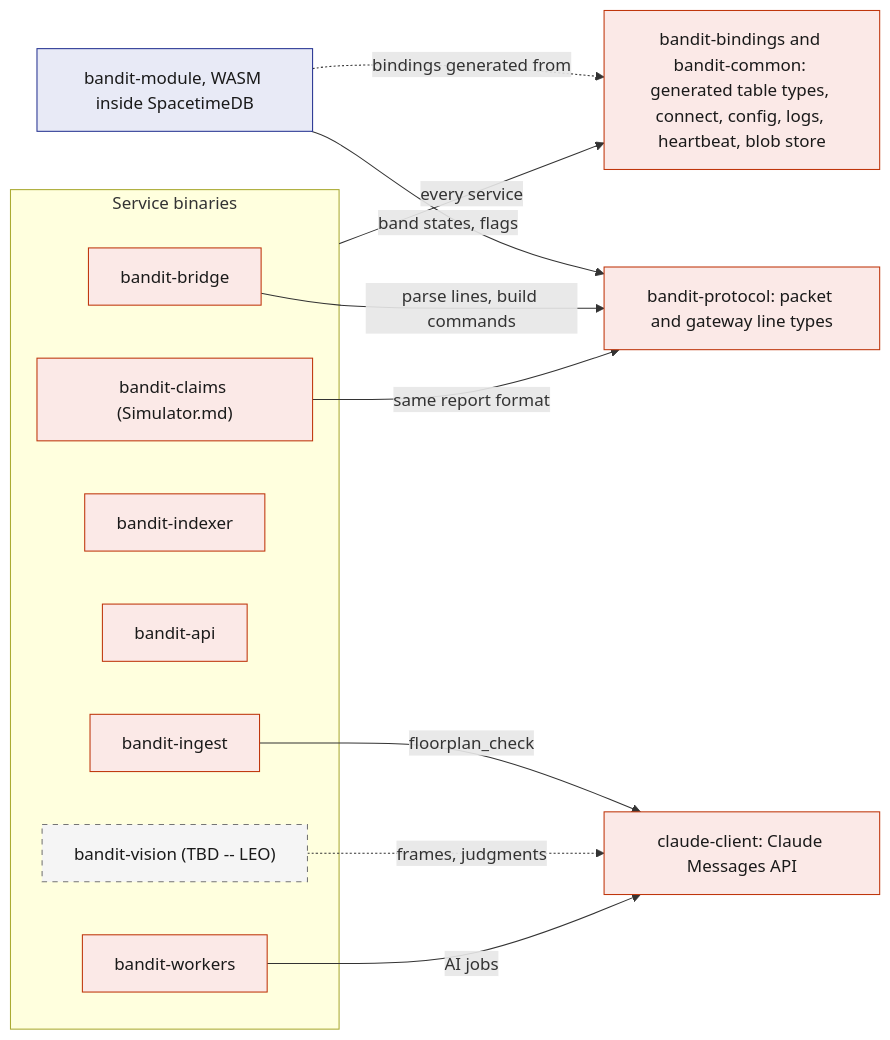
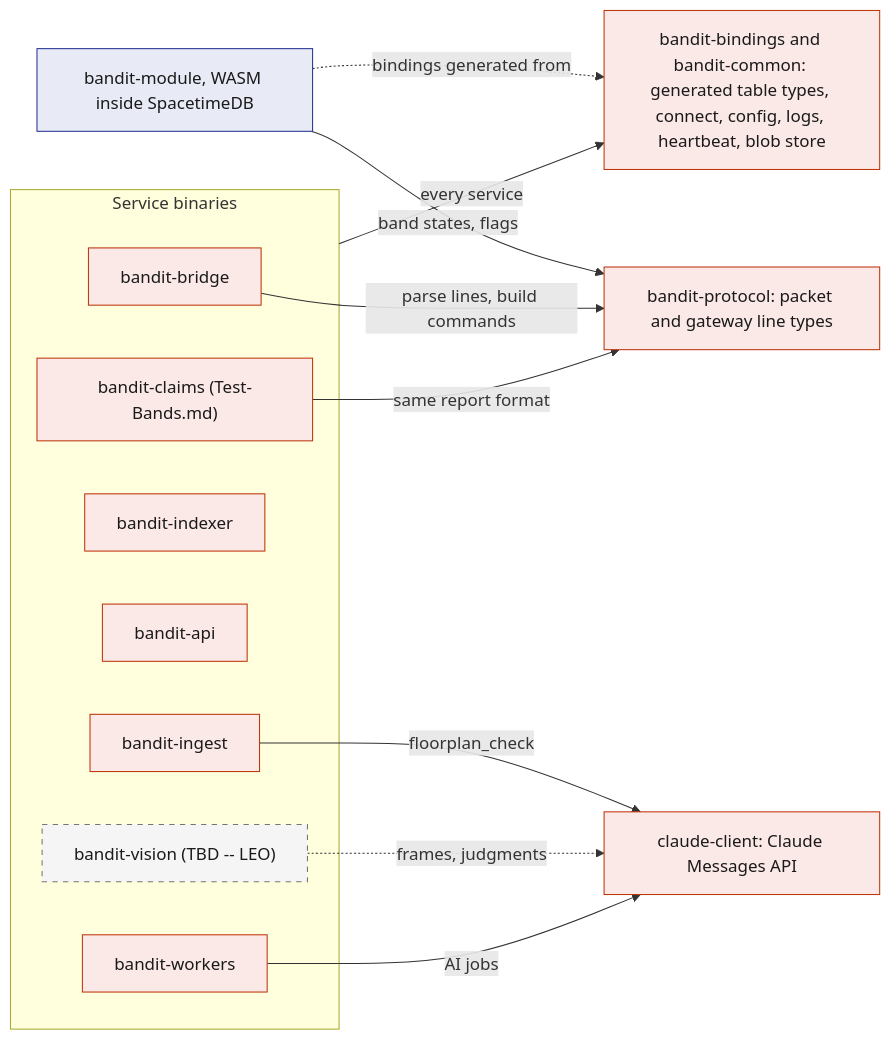
One commit to viktorinkov/cal-hacks-13 changed the first of 4 diagrams in System Design/3-services/Rust-Backend.md. Above: the diagram before and after it, drawn with Mermaid. The commit also changed other lines of this file and 22 other files, not shown here.

````diff
--- a/System Design/3-services/Rust-Backend.md
+++ b/System Design/3-services/Rust-Backend.md
@@ -44,32 +44,32 @@
 ```mermaid
 flowchart LR
   Module["bandit-module, WASM inside SpacetimeDB"]
   subgraph Services["Service binaries"]
     Bridge["bandit-bridge"]
-    Sim["bandit-claims (Simulator.md)"]
+    Sim["bandit-claims (Test-Bands.md)"]
     Indexer["bandit-indexer"]
     API["bandit-api"]
     Ingest["bandit-ingest"]
     Vision["bandit-vision (TBD -- LEO)"]
     Workers["bandit-workers"]
   end
   Shared["bandit-bindings and bandit-common: generated table types, connect, config, logs, heartbeat, blob store"]
   Protocol["bandit-protocol: packet and gateway line types"]
   ClaudeC["claude-client: Claude Messages API"]
 
   Module -.->|"bindings generated from"| Shared
   Services -->|"every service"| Shared
   Module -->|"band states, flags"| Protocol
   Bridge -->|"parse lines, build commands"| Protocol
   Sim -->|"same report format"| Protocol
   Ingest -->|"floorplan_check"| ClaudeC
   Vision -.->|"frames, judgments"| ClaudeC
   Workers -->|"AI jobs"| ClaudeC
 
   classDef rust fill:#FBE9E7,stroke:#BF360C,color:#1A1A1A
   classDef stdb fill:#E8EAF6,stroke:#283593,color:#1A1A1A
   classDef tbd fill:#F5F5F5,stroke:#757575,color:#1A1A1A,stroke-dasharray:5 5
   class Protocol,ClaudeC,Shared,Bridge,Sim,Ingest,Indexer,API,Workers rust
   class Module stdb
   class Vision tbd
 ```
````
